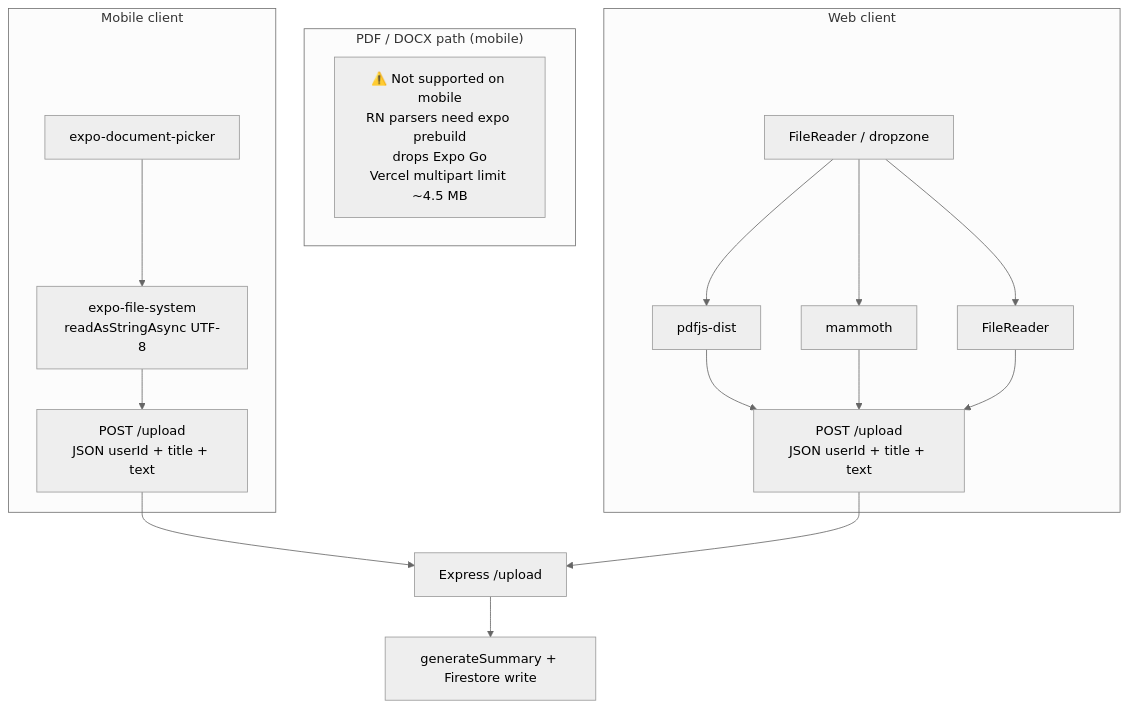
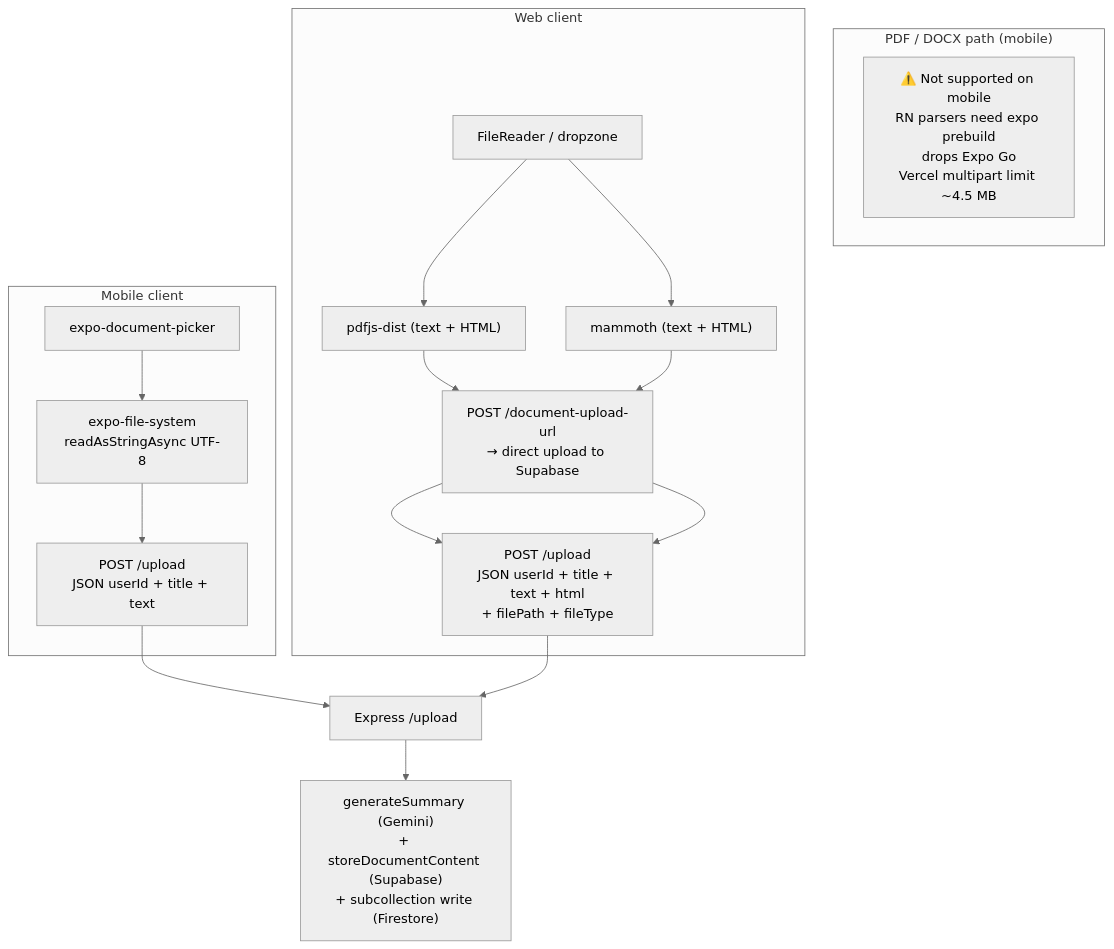
One commit to Derek-miranda/DocuThinker-AI changed diagram 40 of 40 in ARCHITECTURE.md. Above: the diagram before and after it, drawn with Mermaid (neutral theme). The commit also changed other lines of this file and 73 other files, not shown here.

Commit message:
feat: integrate Supabase for document storage and add cache handling

````diff
--- a/ARCHITECTURE.md
+++ b/ARCHITECTURE.md
@@ -2705,28 +3090,27 @@
 ```mermaid
 flowchart TB
     subgraph Mobile["Mobile client"]
         Pick["expo-document-picker"]
         Read["expo-file-system<br/>readAsStringAsync UTF-8"]
         Post["POST /upload<br/>JSON userId + title + text"]
         Pick --> Read --> Post
     end
 
     subgraph Skipped["PDF / DOCX path (mobile)"]
         Note["⚠️ Not supported on mobile<br/>RN parsers need expo prebuild<br/>drops Expo Go<br/>Vercel multipart limit ~4.5 MB"]
     end
 
     subgraph Web["Web client"]
         WPick["FileReader / dropzone"]
-        WPdf["pdfjs-dist"]
-        WDocx["mammoth"]
-        WTxt["FileReader"]
-        WPost["POST /upload<br/>JSON userId + title + text"]
-        WPick --> WPdf --> WPost
-        WPick --> WDocx --> WPost
-        WPick --> WTxt --> WPost
+        WPdf["pdfjs-dist (text + HTML)"]
+        WDocx["mammoth (text + HTML)"]
+        WSign["POST /document-upload-url<br/>→ direct upload to Supabase"]
+        WPost["POST /upload<br/>JSON userId + title + text + html<br/>+ filePath + fileType"]
+        WPick --> WPdf --> WSign --> WPost
+        WPick --> WDocx --> WSign --> WPost
     end
 
     Post --> Backend["Express /upload"]
     WPost --> Backend
-    Backend --> Summary["generateSummary + Firestore write"]
+    Backend --> Summary["generateSummary (Gemini)<br/>+ storeDocumentContent (Supabase)<br/>+ subcollection write (Firestore)"]
 ```
````
